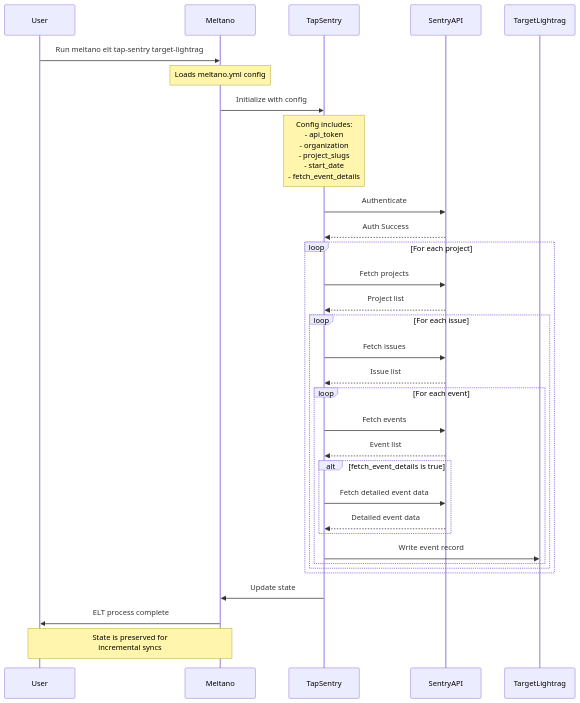
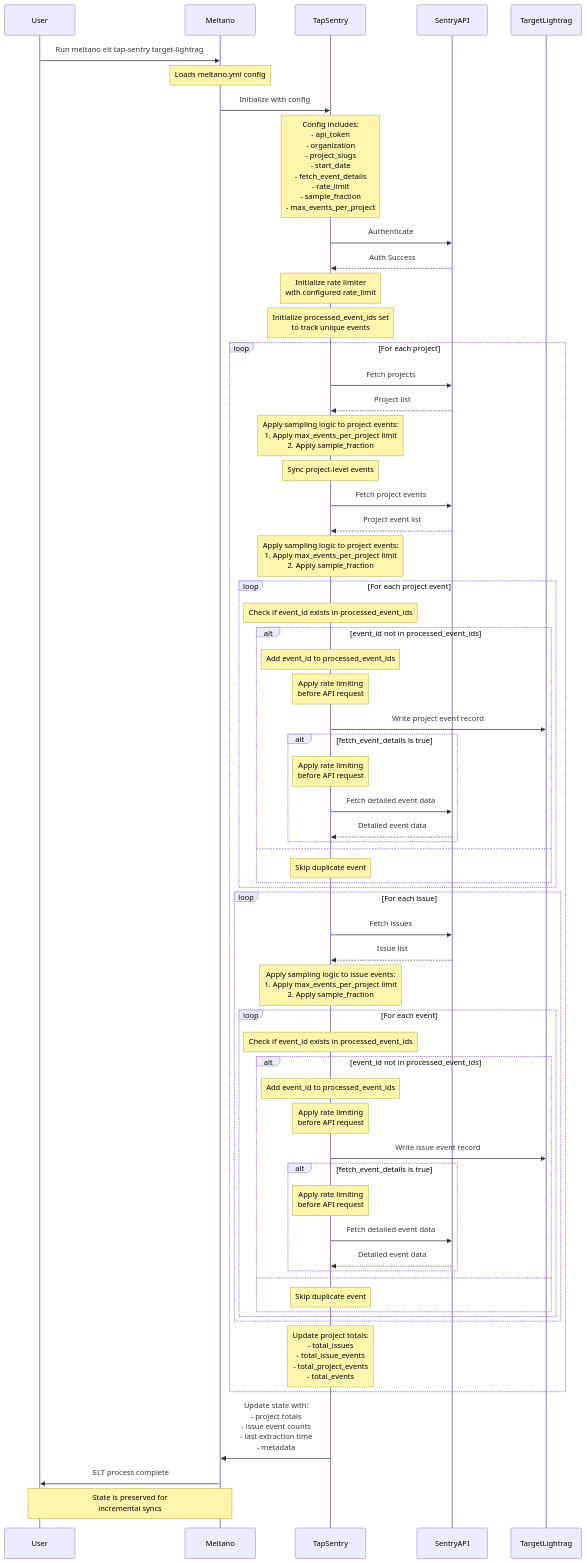
One commit to spo0nman/tap-sentry changed the diagram in meltano-sequence-diagram.md. Above: the diagram before and after it, drawn with Mermaid. The commit also changed 6 other files, not shown here.

First line of the commit message:
Enhance Sentry integration with rate limiting and event sampling features

````diff
--- a/meltano-sequence-diagram.md
+++ b/meltano-sequence-diagram.md
@@ -1,44 +1,82 @@
 ```mermaid
 sequenceDiagram
     participant User
     participant Meltano
     participant TapSentry
     participant SentryAPI
     participant TargetLightrag
 
     User->>Meltano: Run meltano elt tap-sentry target-lightrag
     Note over Meltano: Loads meltano.yml config
     
     Meltano->>TapSentry: Initialize with config
-    Note over TapSentry: Config includes:<br/>- api_token<br/>- organization<br/>- project_slugs<br/>- start_date<br/>- fetch_event_details
+    Note over TapSentry: Config includes:<br/>- api_token<br/>- organization<br/>- project_slugs<br/>- start_date<br/>- fetch_event_details<br/>- rate_limit<br/>- sample_fraction<br/>- max_events_per_project
     
     TapSentry->>SentryAPI: Authenticate
     SentryAPI-->>TapSentry: Auth Success
+    
+    Note over TapSentry: Initialize rate limiter<br/>with configured rate_limit
+    
+    Note over TapSentry: Initialize processed_event_ids set<br/>to track unique events
     
     loop For each project
         TapSentry->>SentryAPI: Fetch projects
         SentryAPI-->>TapSentry: Project list
         
+        Note over TapSentry: Apply sampling logic to project events:<br/>1. Apply max_events_per_project limit<br/>2. Apply sample_fraction
+        
+        Note over TapSentry: Sync project-level events
+        TapSentry->>SentryAPI: Fetch project events
+        SentryAPI-->>TapSentry: Project event list
+        
+        Note over TapSentry: Apply sampling logic to project events:<br/>1. Apply max_events_per_project limit<br/>2. Apply sample_fraction
+        
+        loop For each project event
+            Note over TapSentry: Check if event_id exists in processed_event_ids
+            alt event_id not in processed_event_ids
+                Note over TapSentry: Add event_id to processed_event_ids
+                Note over TapSentry: Apply rate limiting<br/>before API request
+                TapSentry->>TargetLightrag: Write project event record
+                
+                alt fetch_event_details is true
+                    Note over TapSentry: Apply rate limiting<br/>before API request
+                    TapSentry->>SentryAPI: Fetch detailed event data
+                    SentryAPI-->>TapSentry: Detailed event data
+                end
+            else
+                Note over TapSentry: Skip duplicate event
+            end
+        end
+        
         loop For each issue
             TapSentry->>SentryAPI: Fetch issues
             SentryAPI-->>TapSentry: Issue list
             
+            Note over TapSentry: Apply sampling logic to issue events:<br/>1. Apply max_events_per_project limit<br/>2. Apply sample_fraction
+            
             loop For each event
-                TapSentry->>SentryAPI: Fetch events
-                SentryAPI-->>TapSentry: Event list
-                
-                alt fetch_event_details is true
-                    TapSentry->>SentryAPI: Fetch detailed event data
-                    SentryAPI-->>TapSentry: Detailed event data
+                Note over TapSentry: Check if event_id exists in processed_event_ids
+                alt event_id not in processed_event_ids
+                    Note over TapSentry: Add event_id to processed_event_ids
+                    Note over TapSentry: Apply rate limiting<br/>before API request
+                    TapSentry->>TargetLightrag: Write issue event record
+                    
+                    alt fetch_event_details is true
+                        Note over TapSentry: Apply rate limiting<br/>before API request
+                        TapSentry->>SentryAPI: Fetch detailed event data
+                        SentryAPI-->>TapSentry: Detailed event data
+                    end
+                else
+                    Note over TapSentry: Skip duplicate event
                 end
-                
-                TapSentry->>TargetLightrag: Write event record
             end
         end
+        
+        Note over TapSentry: Update project totals:<br/>- total_issues<br/>- total_issue_events<br/>- total_project_events<br/>- total_events
     end
     
-    TapSentry->>Meltano: Update state
+    TapSentry->>Meltano: Update state with:<br/>- project totals<br/>- issue event counts<br/>- last extraction time<br/>- metadata
     Meltano->>User: ELT process complete
 
     Note over User,Meltano: State is preserved for<br/>incremental syncs
 ``` 
````
